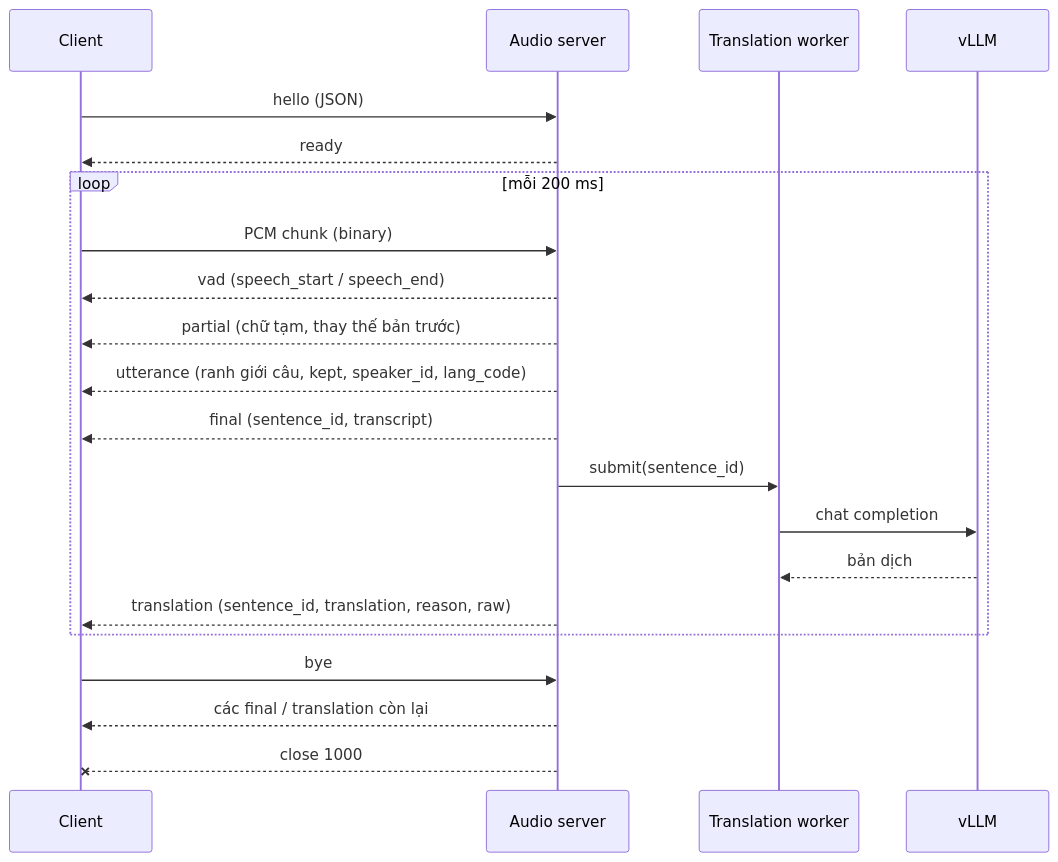
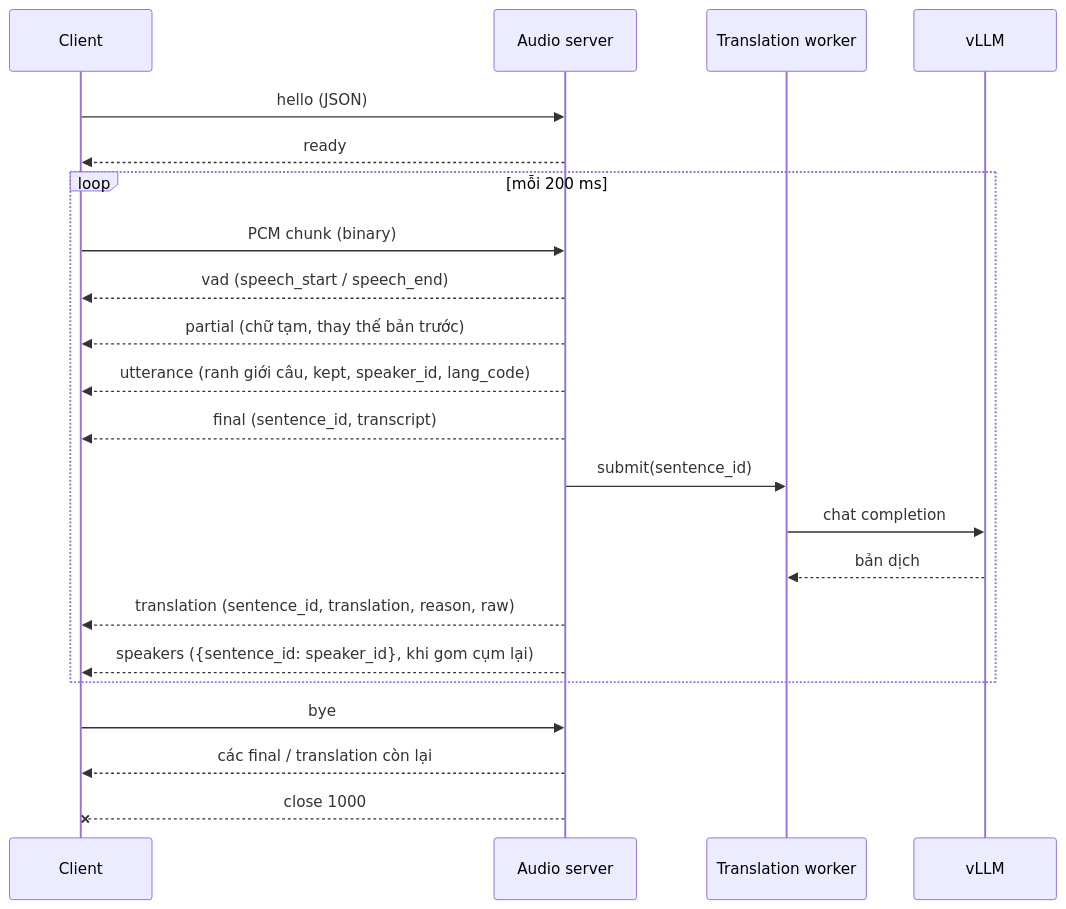
The second of 8 diagrams in ARCHITECTURE.md (phivan3008/Realtime-meeting-translator-v7), drawn with Mermaid before and after one commit. The commit also changed other lines of this file and 7 other files, not shown here.

````diff
--- a/ARCHITECTURE.md
+++ b/ARCHITECTURE.md
@@ -42,24 +42,25 @@
 ```mermaid
 sequenceDiagram
     participant C as Client
     participant S as Audio server
     participant W as Translation worker
     participant V as vLLM
 
     C->>S: hello (JSON)
     S-->>C: ready
     loop mỗi 200 ms
         C->>S: PCM chunk (binary)
         S-->>C: vad (speech_start / speech_end)
         S-->>C: partial (chữ tạm, thay thế bản trước)
         S-->>C: utterance (ranh giới câu, kept, speaker_id, lang_code)
         S-->>C: final (sentence_id, transcript)
         S->>W: submit(sentence_id)
         W->>V: chat completion
         V-->>W: bản dịch
         S-->>C: translation (sentence_id, translation, reason, raw)
+        S-->>C: speakers ({sentence_id: speaker_id}, khi gom cụm lại)
     end
     C->>S: bye
     S-->>C: các final / translation còn lại
     S--xC: close 1000
 ```
````
